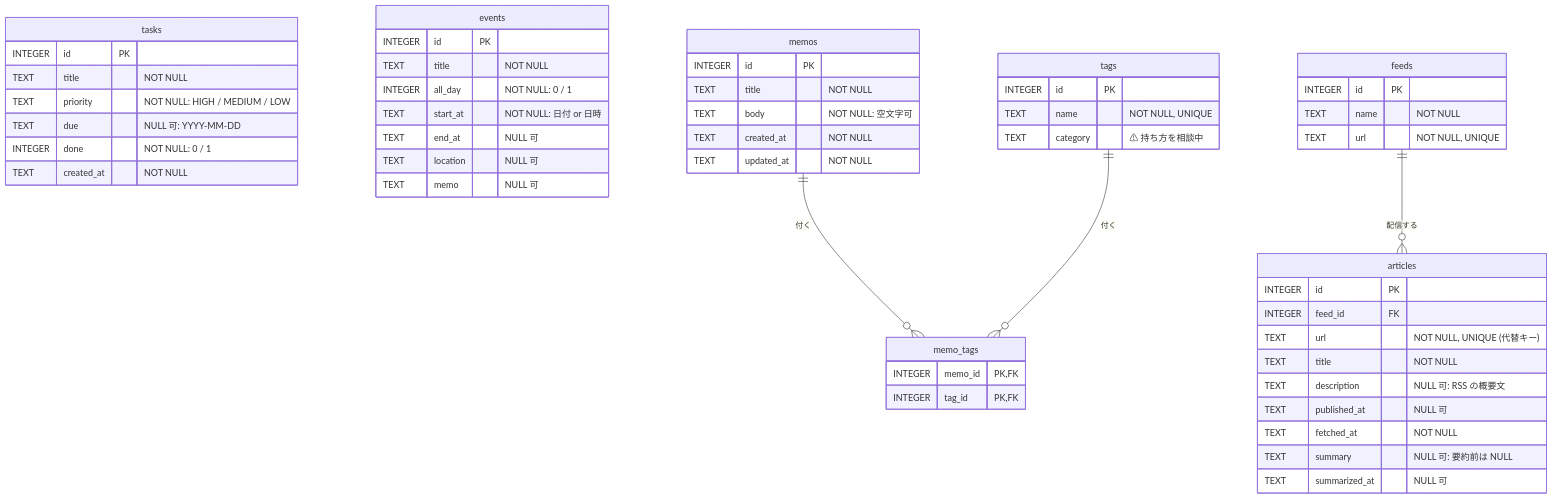
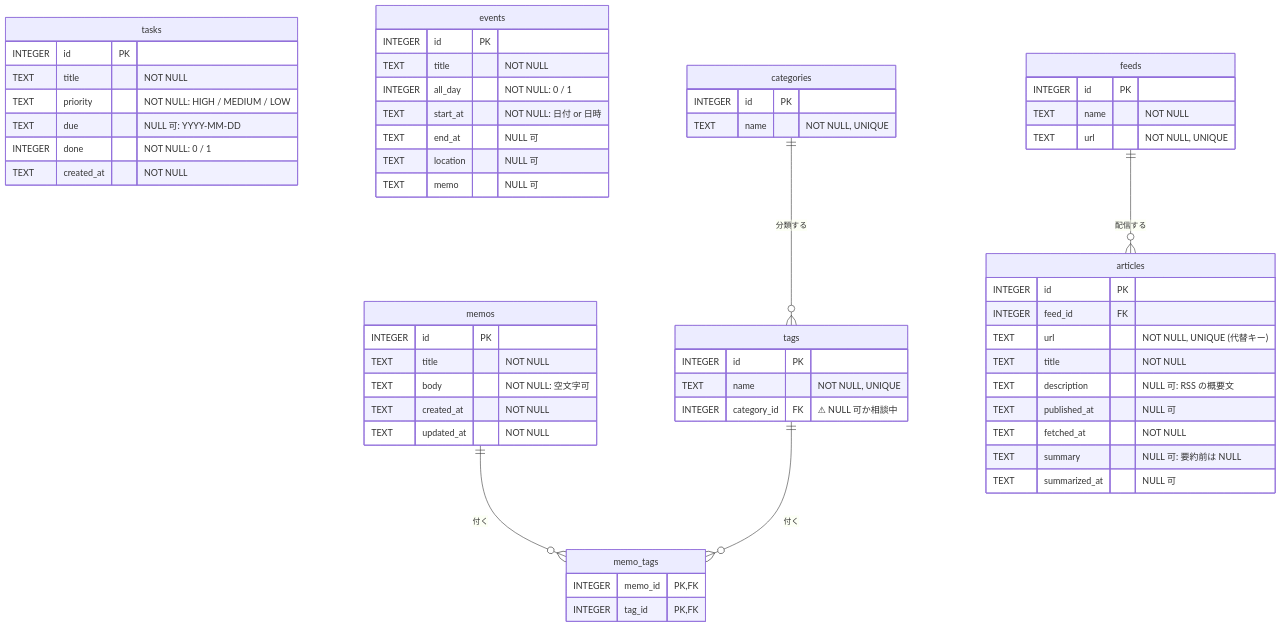
Before and after one commit to YANASAN-eng/PDA-application: the diagram in docs/db/er.md, drawn with Mermaid. The commit also changed other lines of this file and 1 other file, not shown here.

Commit message:
Add categories table and schema migration policy

````diff
--- a/docs/db/er.md
+++ b/docs/db/er.md
@@ -6,56 +6,61 @@
 ```mermaid
 erDiagram
     tasks {
         INTEGER id PK
         TEXT title "NOT NULL"
         TEXT priority "NOT NULL: HIGH / MEDIUM / LOW"
         TEXT due "NULL 可: YYYY-MM-DD"
         INTEGER done "NOT NULL: 0 / 1"
         TEXT created_at "NOT NULL"
     }
     events {
         INTEGER id PK
         TEXT title "NOT NULL"
         INTEGER all_day "NOT NULL: 0 / 1"
         TEXT start_at "NOT NULL: 日付 or 日時"
         TEXT end_at "NULL 可"
         TEXT location "NULL 可"
         TEXT memo "NULL 可"
     }
     memos {
         INTEGER id PK
         TEXT title "NOT NULL"
         TEXT body "NOT NULL: 空文字可"
         TEXT created_at "NOT NULL"
         TEXT updated_at "NOT NULL"
     }
     tags {
         INTEGER id PK
         TEXT name "NOT NULL, UNIQUE"
-        TEXT category "⚠ 持ち方を相談中"
+        INTEGER category_id FK "⚠ NULL 可か相談中"
+    }
+    categories {
+        INTEGER id PK
+        TEXT name "NOT NULL, UNIQUE"
     }
     memo_tags {
         INTEGER memo_id PK, FK
         INTEGER tag_id PK, FK
     }
     feeds {
         INTEGER id PK
         TEXT name "NOT NULL"
         TEXT url "NOT NULL, UNIQUE"
     }
     articles {
         INTEGER id PK
         INTEGER feed_id FK
         TEXT url "NOT NULL, UNIQUE (代替キー)"
         TEXT title "NOT NULL"
         TEXT description "NULL 可: RSS の概要文"
         TEXT published_at "NULL 可"
         TEXT fetched_at "NOT NULL"
         TEXT summary "NULL 可: 要約前は NULL"
         TEXT summarized_at "NULL 可"
     }
 
     memos ||--o{ memo_tags : "付く"
     tags ||--o{ memo_tags : "付く"
+    categories ||--o{ tags : "分類する"
     feeds ||--o{ articles : "配信する"
 ```
````
